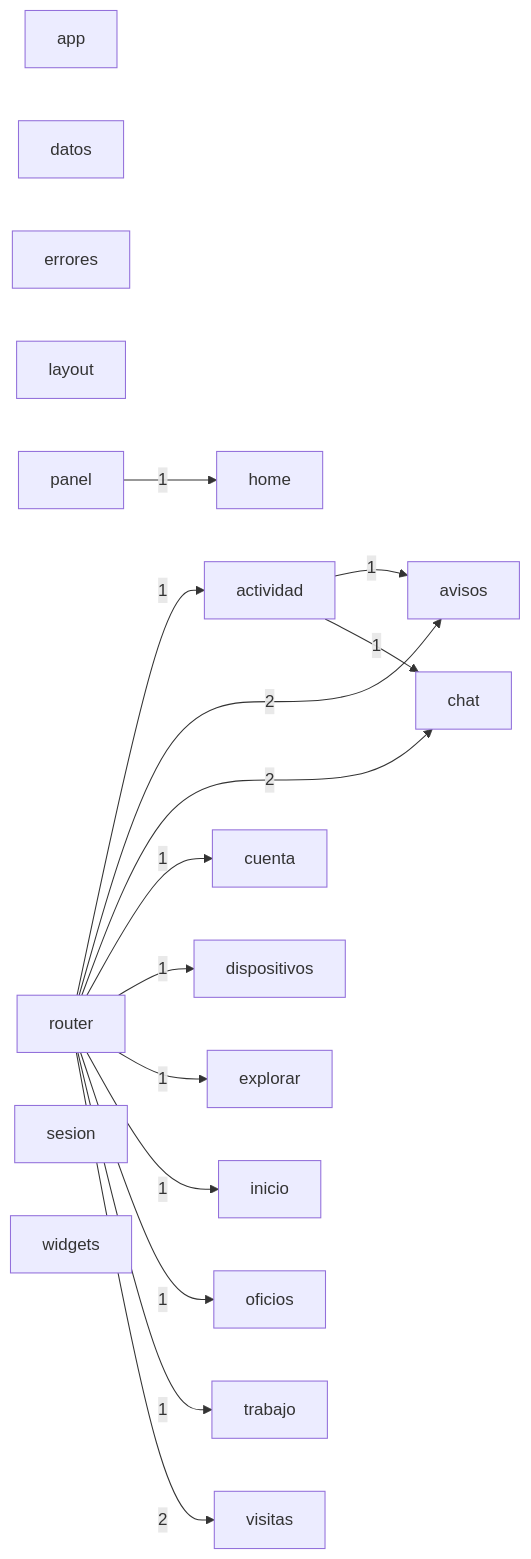
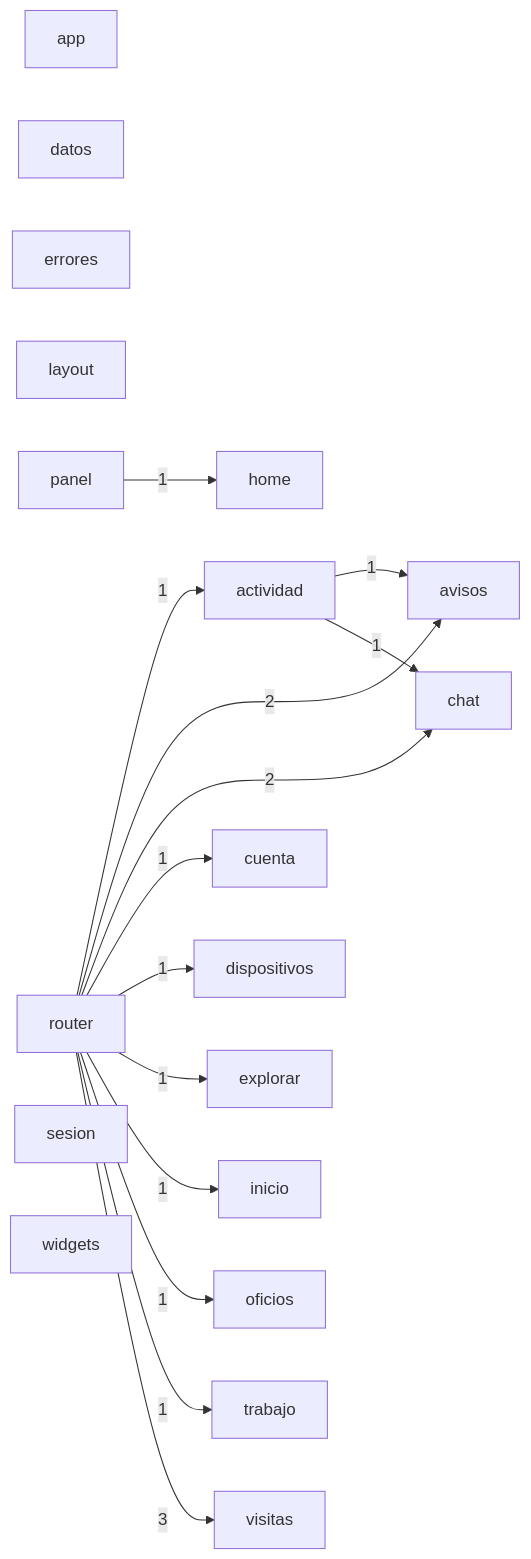
One commit to JulianH2/knock-frontend changed the diagram in docs/architecture/modules.mmd. Above: the diagram before and after it, drawn with Mermaid. The commit also changed 5 other files, not shown here.

```diff
--- a/docs/architecture/modules.mmd
+++ b/docs/architecture/modules.mmd
@@ -1,33 +1,33 @@
 graph LR
   actividad["actividad"]
   app["app"]
   avisos["avisos"]
   chat["chat"]
   cuenta["cuenta"]
   datos["datos"]
   dispositivos["dispositivos"]
   errores["errores"]
   explorar["explorar"]
   home["home"]
   inicio["inicio"]
   layout["layout"]
   oficios["oficios"]
   panel["panel"]
   router["router"]
   sesion["sesion"]
   trabajo["trabajo"]
   visitas["visitas"]
   widgets["widgets"]
   actividad -->|1| avisos
   actividad -->|1| chat
   panel -->|1| home
   router -->|1| actividad
   router -->|2| avisos
   router -->|2| chat
   router -->|1| cuenta
   router -->|1| dispositivos
   router -->|1| explorar
   router -->|1| inicio
   router -->|1| oficios
   router -->|1| trabajo
-  router -->|2| visitas
+  router -->|3| visitas
```
